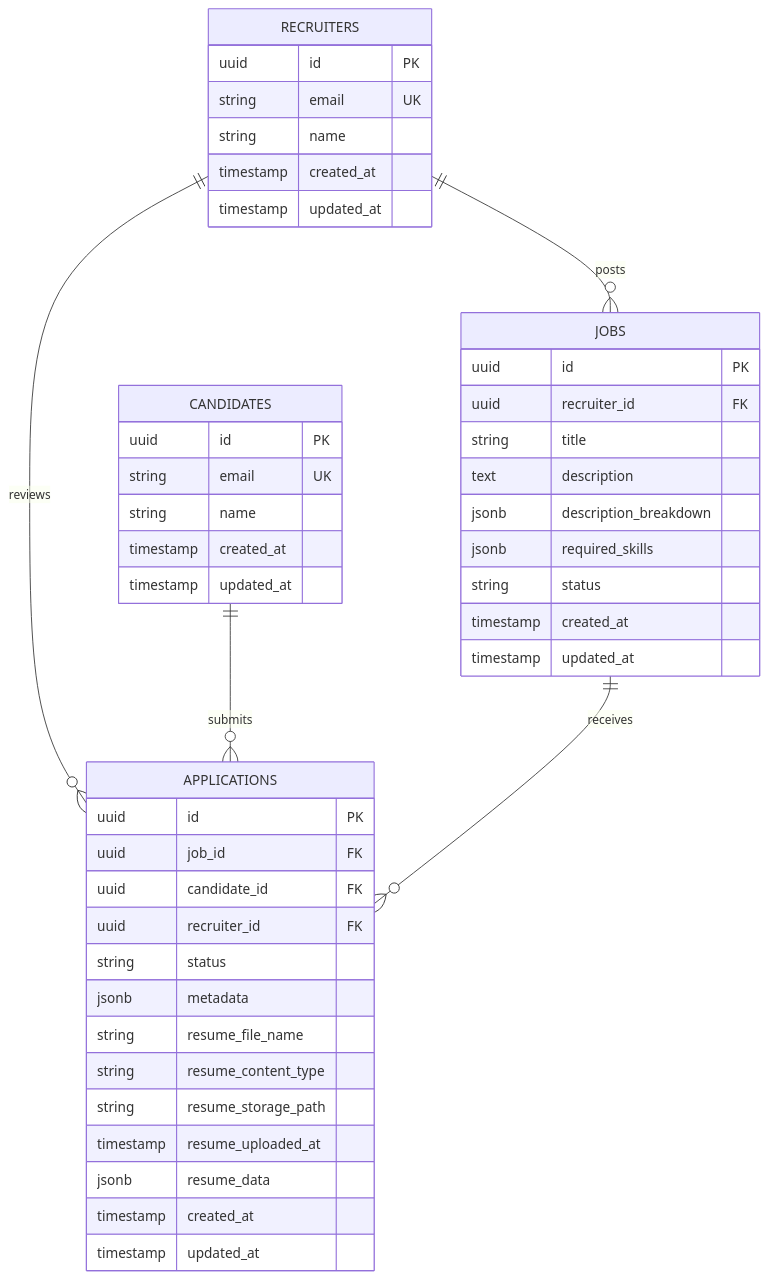
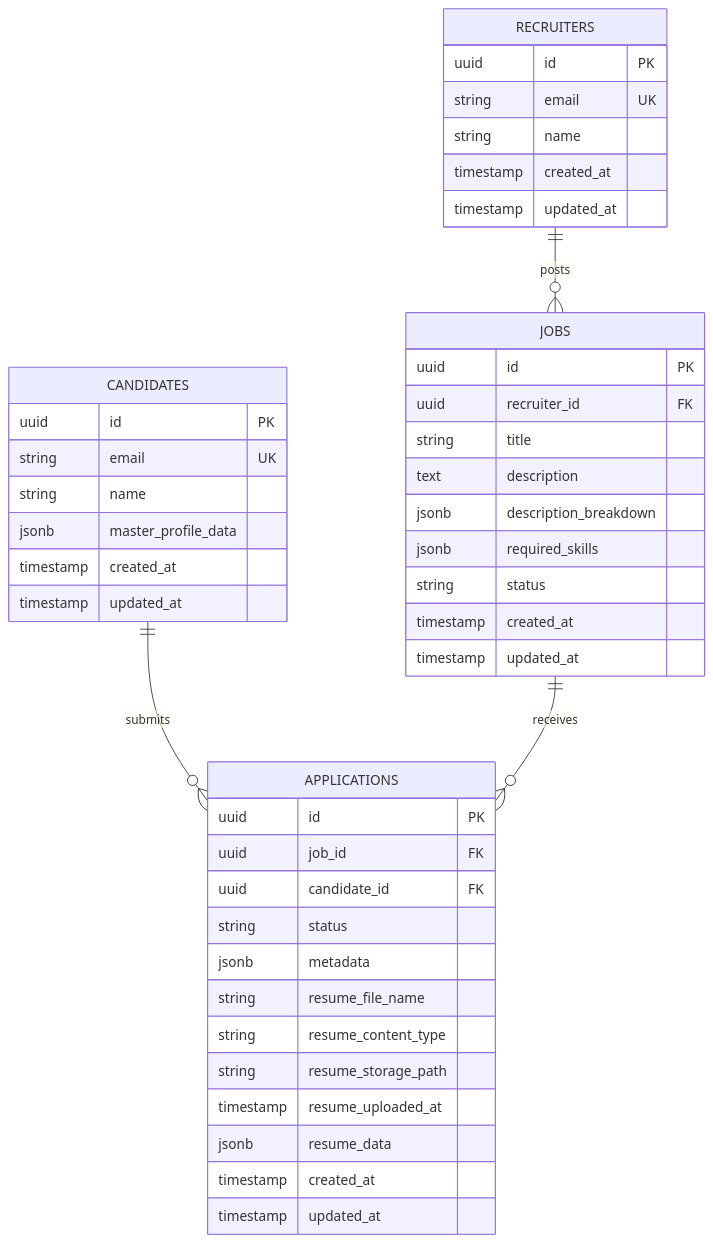
Before and after one commit to afnan-emumba/smart-hire: the first of 2 diagrams in docs/DATABASE.md, drawn with Mermaid. The commit also changed other lines of this file and 6 other files, not shown here.

Commit message:
feat: add master profile data to candidates and remove redundant recruiter FK from applications

````diff
--- a/docs/DATABASE.md
+++ b/docs/DATABASE.md
@@ -9,51 +9,50 @@
 ```mermaid
 erDiagram
     RECRUITERS ||--o{ JOBS : posts
-    RECRUITERS ||--o{ APPLICATIONS : reviews
     CANDIDATES ||--o{ APPLICATIONS : submits
     JOBS ||--o{ APPLICATIONS : receives
 
     RECRUITERS {
         uuid id PK
         string email UK
         string name
         timestamp created_at
         timestamp updated_at
     }
 
     CANDIDATES {
         uuid id PK
         string email UK
         string name
+        jsonb master_profile_data
         timestamp created_at
         timestamp updated_at
     }
 
     JOBS {
         uuid id PK
         uuid recruiter_id FK
         string title
         text description
         jsonb description_breakdown
         jsonb required_skills
         string status
         timestamp created_at
         timestamp updated_at
     }
 
     APPLICATIONS {
         uuid id PK
         uuid job_id FK
         uuid candidate_id FK
-        uuid recruiter_id FK
         string status
         jsonb metadata
         string resume_file_name
         string resume_content_type
         string resume_storage_path
         timestamp resume_uploaded_at
         jsonb resume_data
         timestamp created_at
         timestamp updated_at
     }
 ```
````
